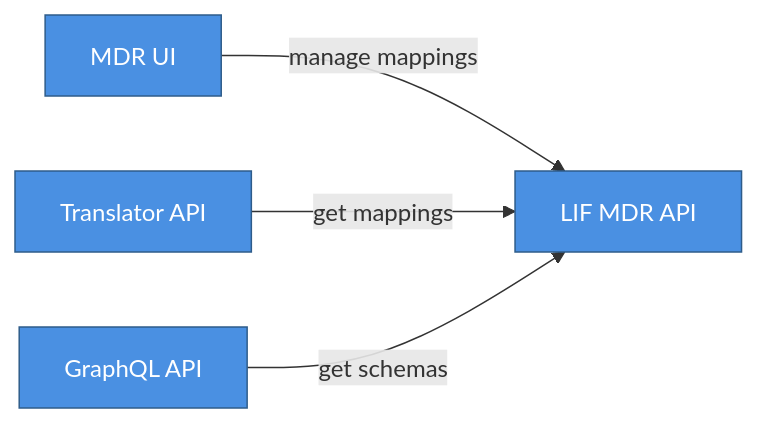
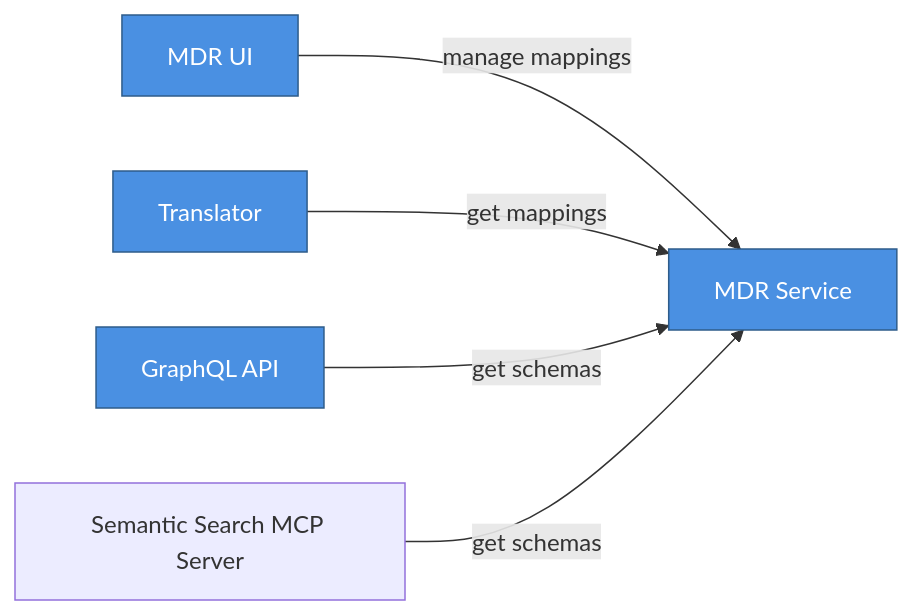
Before and after one commit to LIF-Initiative/lif-core: the fifth of 16 diagrams in docs/lif_services_overview.md, drawn with Mermaid. The commit also changed other lines of this file, not shown here.

Commit message:
docs: update MDR Service diagram

````diff
--- a/docs/lif_services_overview.md
+++ b/docs/lif_services_overview.md
@@ -214,15 +214,17 @@
 ```mermaid
 graph LR
     MDRUI[MDR UI]
-    MDR[LIF MDR API]
-    Trans[Translator API]
+    MDR[MDR Service]
+    Trans[Translator]
     GQL[GraphQL API]
-    
+    MCP[Semantic Search MCP Server]
+ 
     MDRUI -->|manage mappings| MDR
     Trans -->|get mappings| MDR
     GQL -->|get schemas| MDR
+    MCP -->|get schemas| MDR
     
     classDef coreStyle fill:#4A90E2,stroke:#2E5C8A,color:#fff
     
     class MDRUI,MDR,Trans,GQL coreStyle
 ```
````
